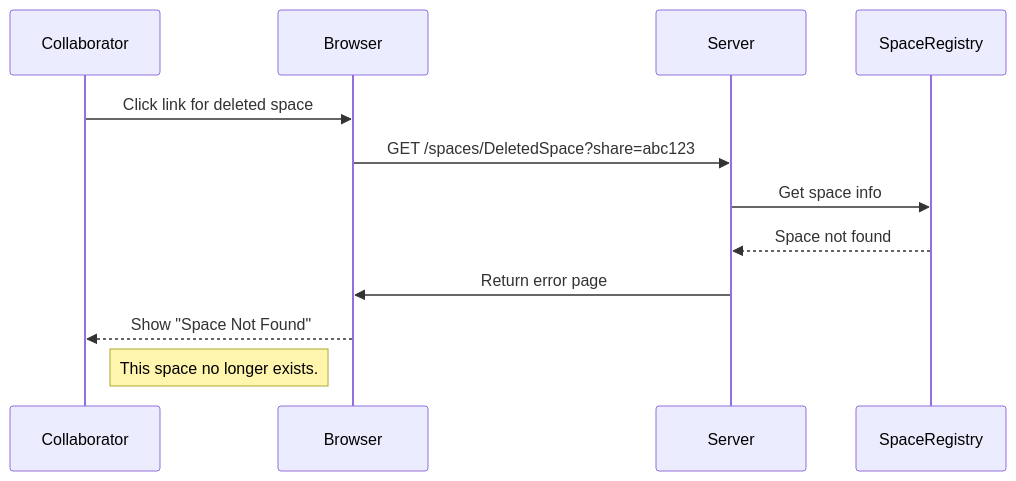
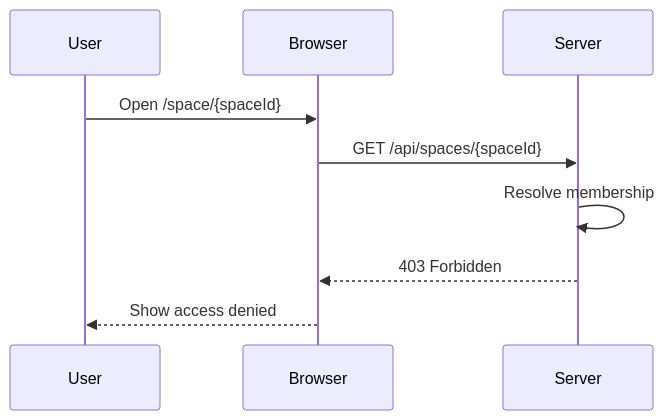
One commit to jchadwick/ai-spaces changed the fourth of 5 diagrams in docs/flows/03-collaborator-access.md. Above: the diagram before and after it, drawn with Mermaid. The commit also changed other lines of this file and 21 other files, not shown here.

````diff
--- a/docs/flows/03-collaborator-access.md
+++ b/docs/flows/03-collaborator-access.md
@@ -82,15 +75,12 @@
 ```mermaid
 sequenceDiagram
-    participant Collaborator
+    participant User
     participant Browser
     participant Server
-    participant SpaceRegistry
-    
-    Collaborator->>Browser: Click link for deleted space
-    Browser->>Server: GET /spaces/DeletedSpace?share=abc123
-    Server->>SpaceRegistry: Get space info
-    SpaceRegistry-->>Server: Space not found
-    Server->>Browser: Return error page
-    Browser-->>Collaborator: Show "Space Not Found"
-    Note right of Collaborator: This space no longer exists.
+
+    User->>Browser: Open /space/{spaceId}
+    Browser->>Server: GET /api/spaces/{spaceId}
+    Server->>Server: Resolve membership
+    Server-->>Browser: 403 Forbidden
+    Browser-->>User: Show access denied
 ```
````
